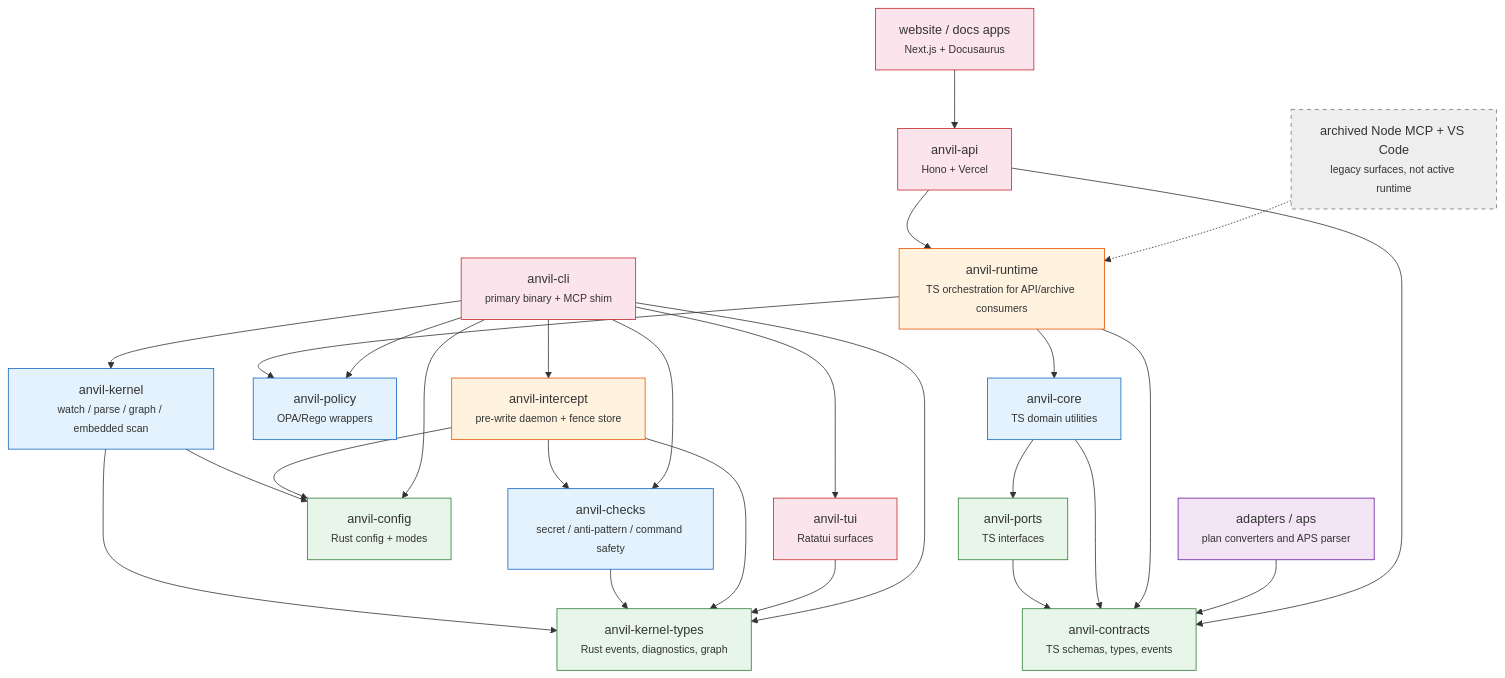
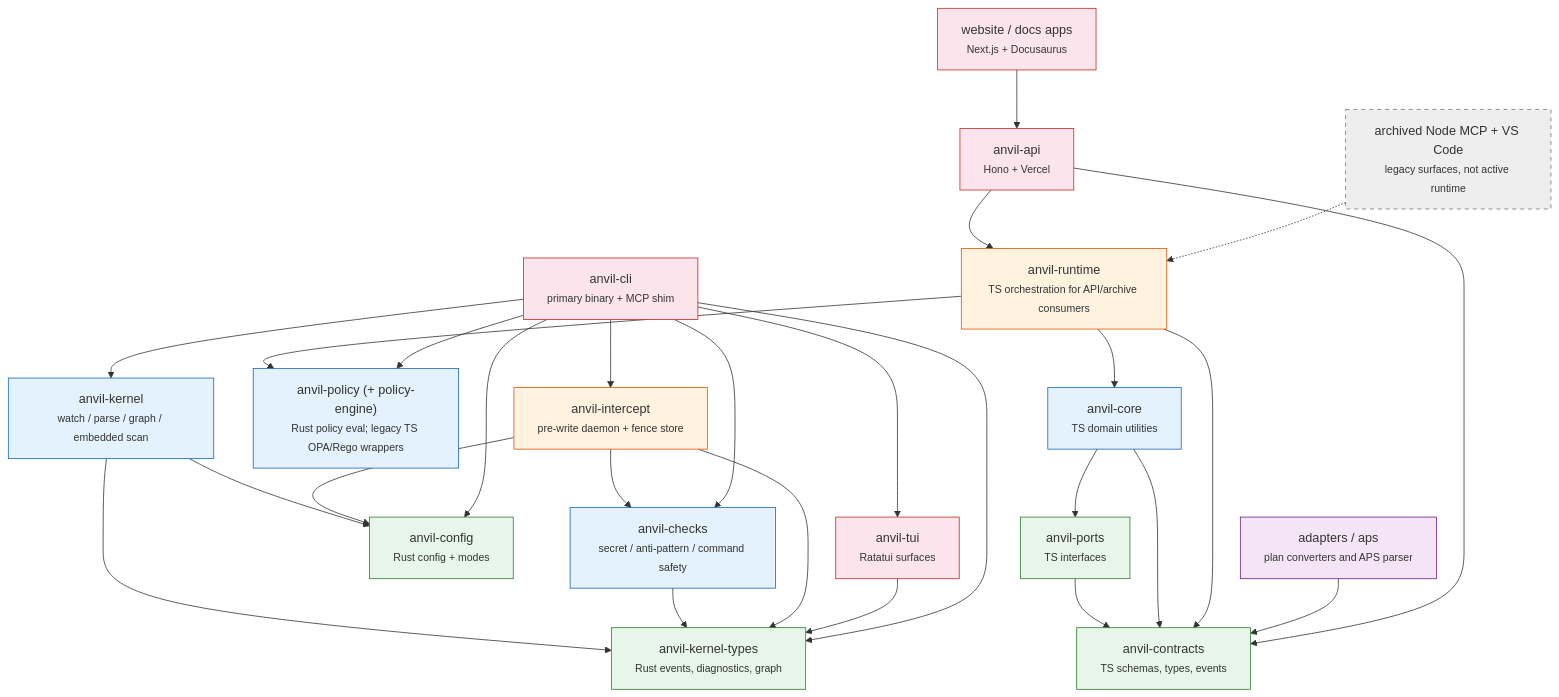
The first of 5 diagrams in docs/architecture/overview.md (eddacraft/eddacraft-tui), drawn with Mermaid before and after one commit. The commit also changed other lines of this file and 27 other files, not shown here.

First line of the commit message:
docs(architecture): fix as-built drift vs main d1fded280

````diff
--- a/docs/architecture/overview.md
+++ b/docs/architecture/overview.md
@@ -128,60 +143,60 @@
 ```mermaid
 graph TD
     contracts["anvil-contracts<br/><small>TS schemas, types, events</small>"]
     ports["anvil-ports<br/><small>TS interfaces</small>"]
     ktypes["anvil-kernel-types<br/><small>Rust events, diagnostics, graph</small>"]
     config["anvil-config<br/><small>Rust config + modes</small>"]
     core["anvil-core<br/><small>TS domain utilities</small>"]
     tsruntime["anvil-runtime<br/><small>TS orchestration for API/archive consumers</small>"]
-    policy["anvil-policy<br/><small>OPA/Rego wrappers</small>"]
+    policy["anvil-policy (+ policy-engine)<br/><small>Rust policy eval; legacy TS OPA/Rego wrappers</small>"]
     kernel["anvil-kernel<br/><small>watch / parse / graph / embedded scan</small>"]
     checks["anvil-checks<br/><small>secret / anti-pattern / command safety</small>"]
     intercept["anvil-intercept<br/><small>pre-write daemon + fence store</small>"]
     tui["anvil-tui<br/><small>Ratatui surfaces</small>"]
     cli["anvil-cli<br/><small>primary binary + MCP shim</small>"]
     api["anvil-api<br/><small>Hono + Vercel</small>"]
     website["website / docs apps<br/><small>Next.js + Docusaurus</small>"]
     adapters["adapters / aps<br/><small>plan converters and APS parser</small>"]
     legacy["archived Node MCP + VS Code<br/><small>legacy surfaces, not active runtime</small>"]
 
     ports --> contracts
     core --> contracts
     core --> ports
     tsruntime --> core
     tsruntime --> policy
     tsruntime --> contracts
     adapters --> contracts
 
     kernel --> ktypes
     kernel --> config
     checks --> ktypes
     intercept --> ktypes
     intercept --> config
     intercept --> checks
     tui --> ktypes
     cli --> kernel
     cli --> ktypes
     cli --> policy
     cli --> checks
     cli --> intercept
     cli --> tui
     cli --> config
     api --> tsruntime
     api --> contracts
     website --> api
     legacy -.-> tsruntime
 
     classDef foundation fill:#e8f5e9,stroke:#2e7d32
     classDef domain fill:#e3f2fd,stroke:#1565c0
     classDef orchestration fill:#fff3e0,stroke:#e65100
     classDef surface fill:#fce4ec,stroke:#c62828
     classDef support fill:#f3e5f5,stroke:#6a1b9a
     classDef archive fill:#eeeeee,stroke:#777,stroke-dasharray: 5 5
 
     class contracts,ports,ktypes,config foundation
     class core,policy,kernel,checks domain
     class tsruntime,intercept orchestration
     class cli,tui,api,website surface
     class adapters support
     class legacy archive
 ```
````
